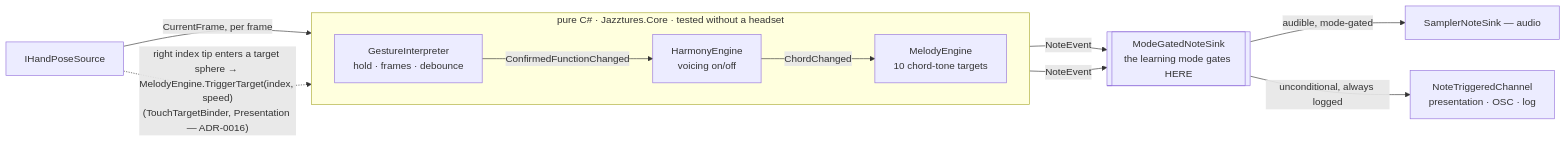
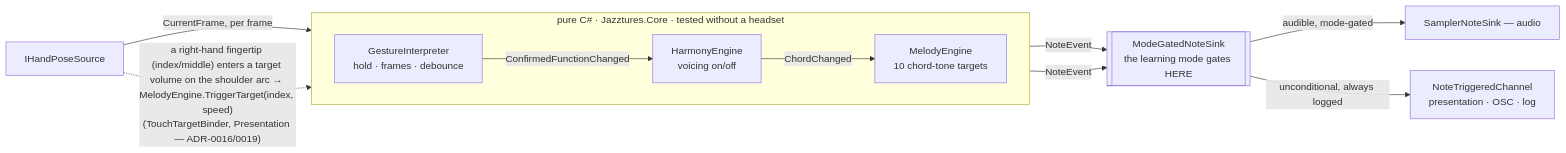
The second of 3 diagrams in Docs/ARCHITECTURE.md (janicarys/jazztures), drawn with Mermaid before and after one commit. The commit also changed other lines of this file and 21 other files, not shown here.

Commit message:
chore(rh): touch target optimization

````diff
--- a/Docs/ARCHITECTURE.md
+++ b/Docs/ARCHITECTURE.md
@@ -87,24 +87,24 @@
 ```mermaid
 flowchart LR
     HPS[IHandPoseSource]
 
     subgraph core["pure C# · Jazztures.Core · tested without a headset"]
         direction LR
         GI[GestureInterpreter<br/>hold · frames · debounce]
         HE[HarmonyEngine<br/>voicing on/off]
         ME[MelodyEngine<br/>10 chord-tone targets]
     end
 
     MG[["ModeGatedNoteSink<br/>the learning mode gates HERE"]]
     S[SamplerNoteSink — audio]
     NC[NoteTriggeredChannel<br/>presentation · OSC · log]
 
     HPS -->|CurrentFrame, per frame| GI
     GI -->|ConfirmedFunctionChanged| HE
     HE -->|ChordChanged| ME
     HE -->|NoteEvent| MG
     ME -->|NoteEvent| MG
-    HPS -.->|"right index tip enters a target sphere → MelodyEngine.TriggerTarget(index, speed)<br/>(TouchTargetBinder, Presentation — ADR-0016)"| ME
+    HPS -.->|"a right-hand fingertip (index/middle) enters a target volume on the shoulder arc → MelodyEngine.TriggerTarget(index, speed)<br/>(TouchTargetBinder, Presentation — ADR-0016/0019)"| ME
     MG -->|audible, mode-gated| S
     MG -->|unconditional, always logged| NC
 ```
````
